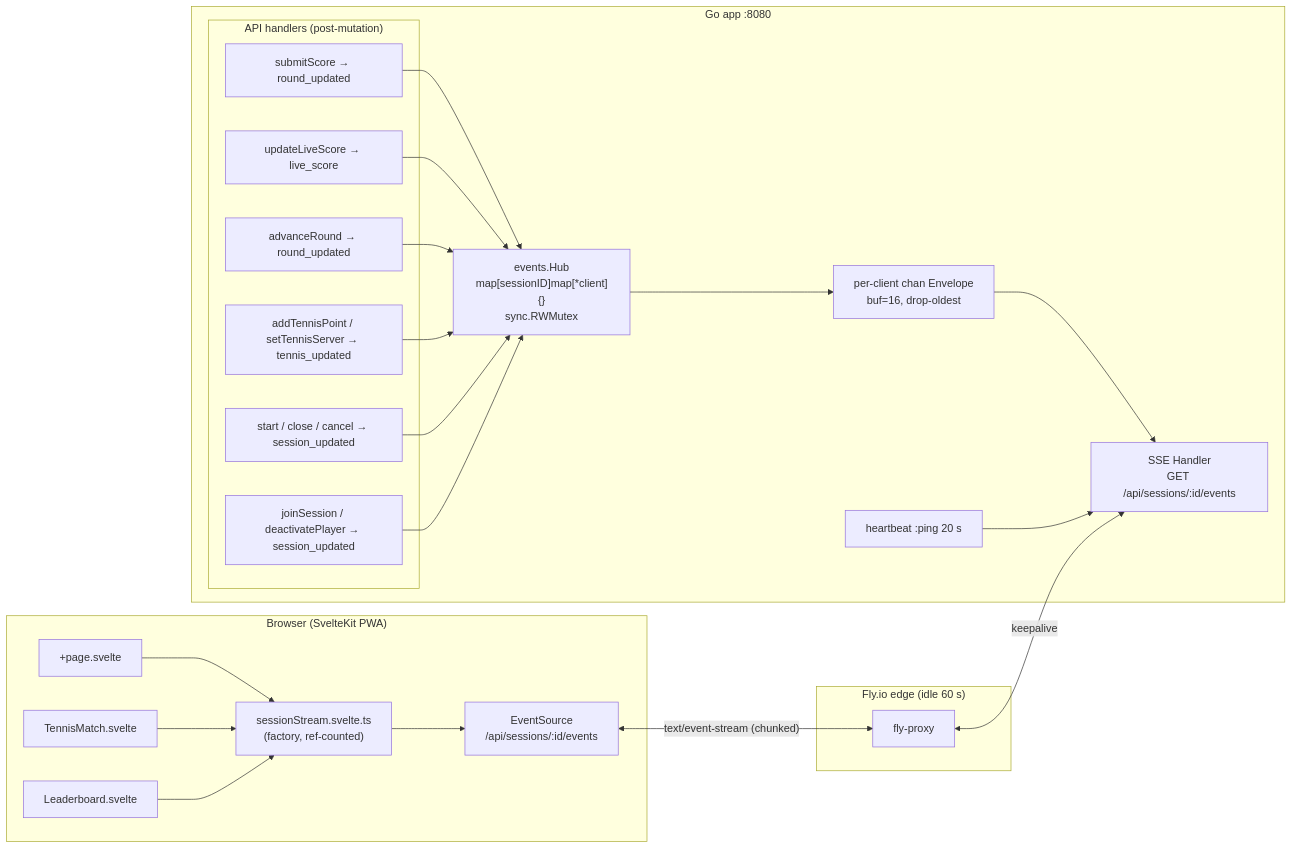
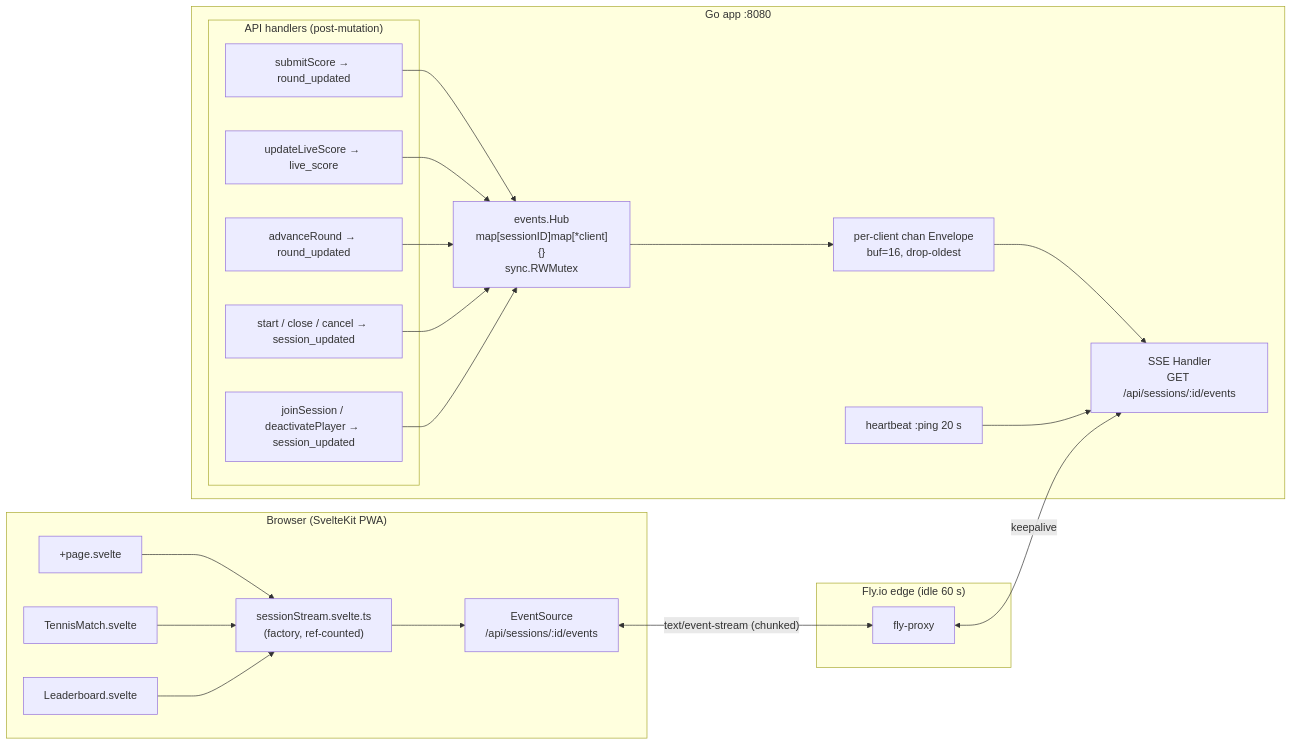
Before and after one commit to Fabianthorsen/OpenPadel: the diagram in ARCHITECTURE.md, drawn with Mermaid. The commit also changed other lines of this file and 8 other files, not shown here.

````diff
--- a/ARCHITECTURE.md
+++ b/ARCHITECTURE.md
@@ -194,47 +183,45 @@
 ```mermaid
 flowchart LR
     subgraph Browser["Browser (SvelteKit PWA)"]
         P["+page.svelte"]
         T["TennisMatch.svelte"]
         L["Leaderboard.svelte"]
         S["sessionStream.svelte.ts\n(factory, ref-counted)"]
         ES["EventSource\n/api/sessions/:id/events"]
         P --> S
         T --> S
         L --> S
         S --> ES
     end
 
     subgraph Edge["Fly.io edge (idle 60 s)"]
         LB["fly-proxy"]
     end
 
     subgraph Go["Go app :8080"]
         H["SSE Handler\nGET /api/sessions/:id/events"]
         HUB["events.Hub\nmap[sessionID]map[*client]{}\nsync.RWMutex"]
         FAN["per-client chan Envelope\nbuf=16, drop-oldest"]
         HB["heartbeat :ping 20 s"]
 
         subgraph Mutations["API handlers (post-mutation)"]
             RS["submitScore → round_updated"]
             LS["updateLiveScore → live_score"]
             AD["advanceRound → round_updated"]
-            TN["addTennisPoint / setTennisServer → tennis_updated"]
             SE["start / close / cancel → session_updated"]
             PL["joinSession / deactivatePlayer → session_updated"]
         end
 
         RS --> HUB
         LS --> HUB
         AD --> HUB
-        TN --> HUB
         SE --> HUB
         PL --> HUB
         HUB --> FAN
         FAN --> H
         HB --> H
     end
 
     ES <-- "text/event-stream (chunked)" --> LB
     LB <-- keepalive --> H
 ```
````
